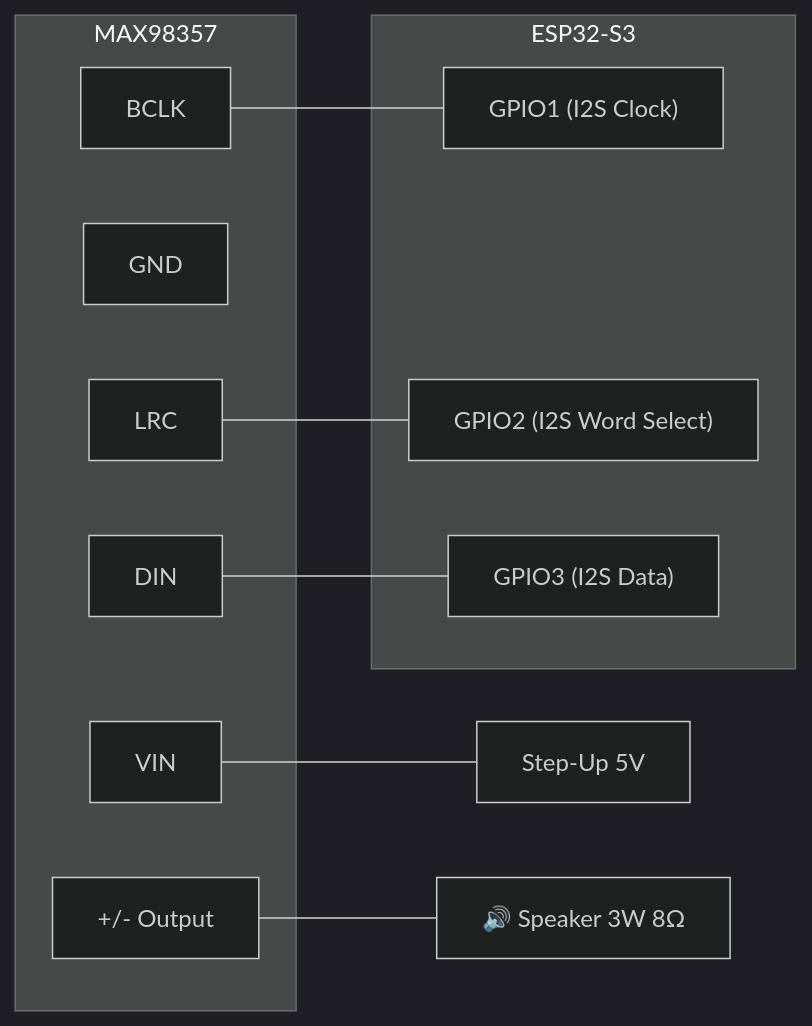
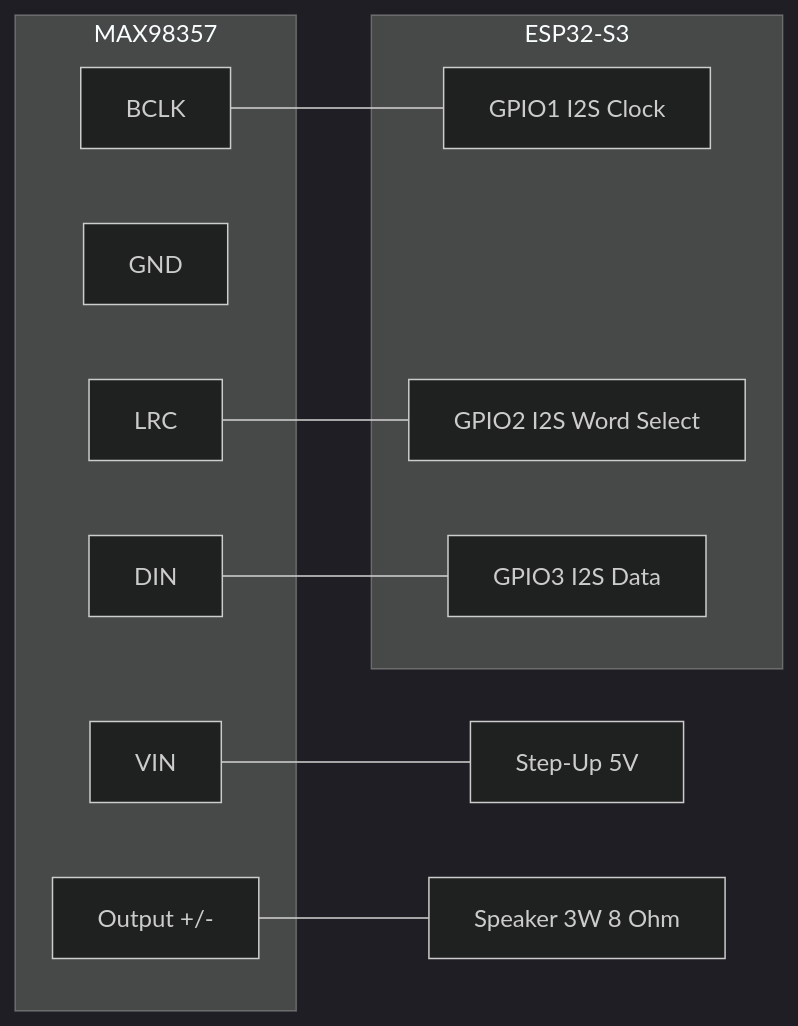
One commit to zabbix-byte/real-tars changed the fifth of 8 diagrams in README.md. Above: the diagram before and after it, drawn with Mermaid (dark theme). The commit also changed other lines of this file and 2 other files, not shown here.

Commit message:
refactor: update architecture diagrams and component descriptions in README files

````diff
--- a/README.md
+++ b/README.md
@@ -428,26 +430,26 @@
 ```mermaid
 graph LR
     subgraph AMP["MAX98357"]
         A_VIN["VIN"]
         A_GND["GND"]
         A_BCLK["BCLK"]
         A_LRC["LRC"]
         A_DIN["DIN"]
-        A_OUT["+/- Output"]
+        A_OUT["Output +/-"]
     end
 
     subgraph ESP32["ESP32-S3"]
-        E_G1["GPIO1 (I2S Clock)"]
-        E_G2["GPIO2 (I2S Word Select)"]
-        E_G3["GPIO3 (I2S Data)"]
+        E_G1["GPIO1 I2S Clock"]
+        E_G2["GPIO2 I2S Word Select"]
+        E_G3["GPIO3 I2S Data"]
     end
 
     STEP["Step-Up 5V"]
-    SPK["🔊 Speaker 3W 8Ω"]
+    SPK["Speaker 3W 8 Ohm"]
 
     A_VIN --- STEP
     A_BCLK --- E_G1
     A_LRC --- E_G2
     A_DIN --- E_G3
     A_OUT --- SPK
 ```
````
